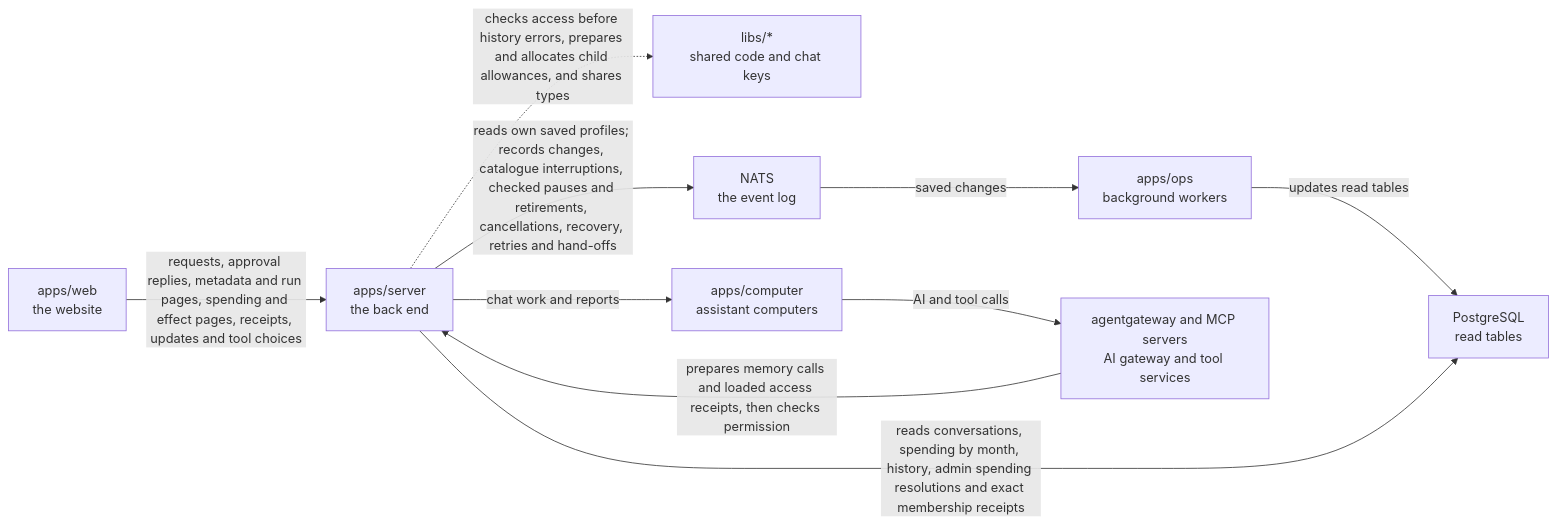
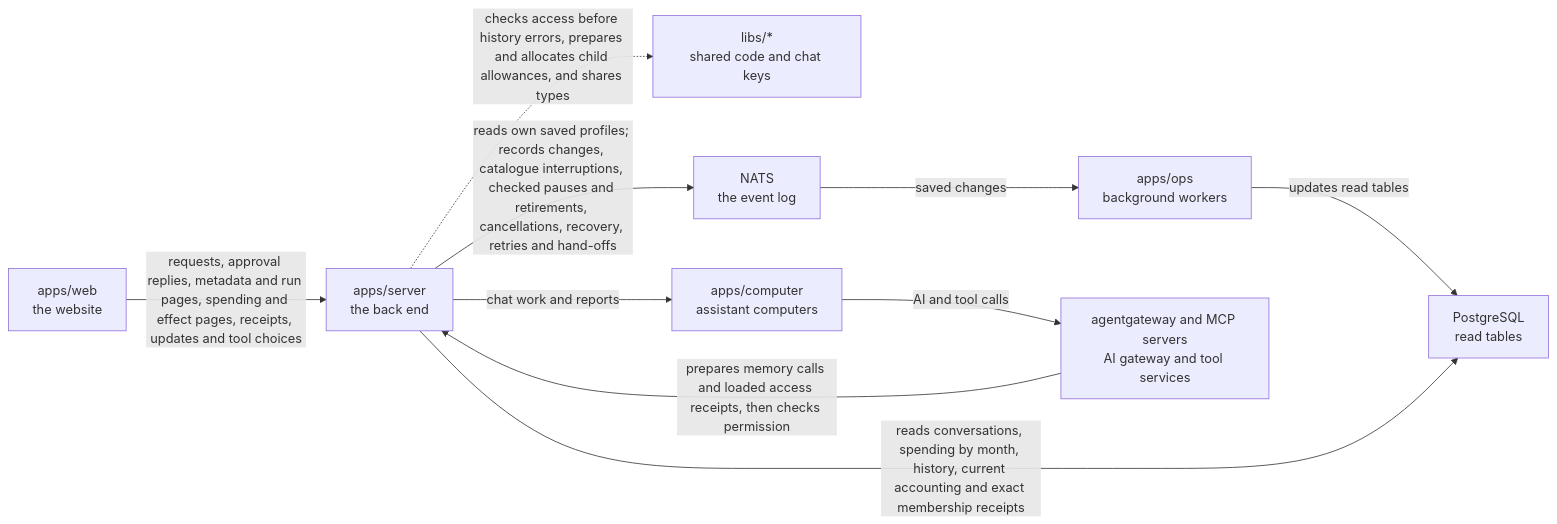
Before and after one commit to elewa-git/opencrane-new: the diagram in apps/server/README.md, drawn with Mermaid. The commit also changed other lines of this file and 8 other files, not shown here.

Commit message:
💶 Show current accounting beside saved resolution evidence

````diff
--- a/apps/server/README.md
+++ b/apps/server/README.md
@@ -60,12 +61,12 @@
 ```mermaid
 flowchart LR
   web["apps/web<br/>the website"] -->|requests, approval replies, metadata and run pages, spending and effect pages, receipts, updates and tool choices| server["apps/server<br/>the back end"]
   server -.->|checks access before history errors, prepares and allocates child allowances, and shares types| libs["libs/*<br/>shared code and chat keys"]
   server -->|reads own saved profiles; records changes, catalogue interruptions, checked pauses and retirements, cancellations, recovery, retries and hand-offs| nats["NATS<br/>the event log"]
   nats -->|saved changes| ops["apps/ops<br/>background workers"]
   ops -->|updates read tables| postgres["PostgreSQL<br/>read tables"]
-  server -->|reads conversations, spending by month, history, admin spending resolutions and exact membership receipts| postgres
+  server -->|reads conversations, spending by month, history, current accounting and exact membership receipts| postgres
   server -->|chat work and reports| computer["apps/computer<br/>assistant computers"]
   computer -->|AI and tool calls| runtime["agentgateway and MCP servers<br/>AI gateway and tool services"]
   runtime -->|prepares memory calls and loaded access receipts, then checks permission| server
 ```
````
